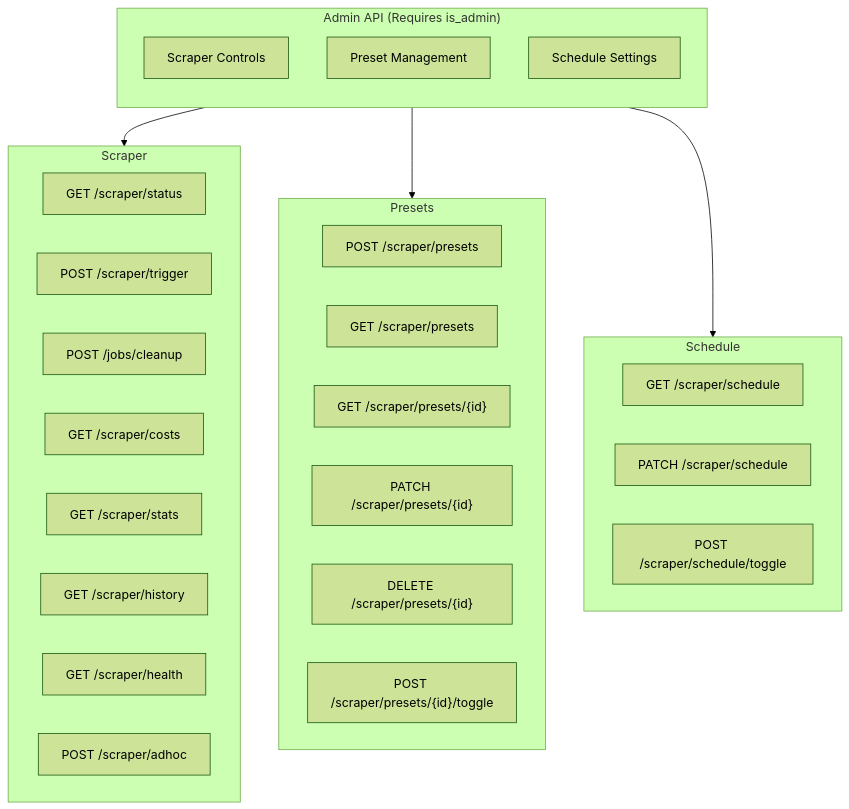
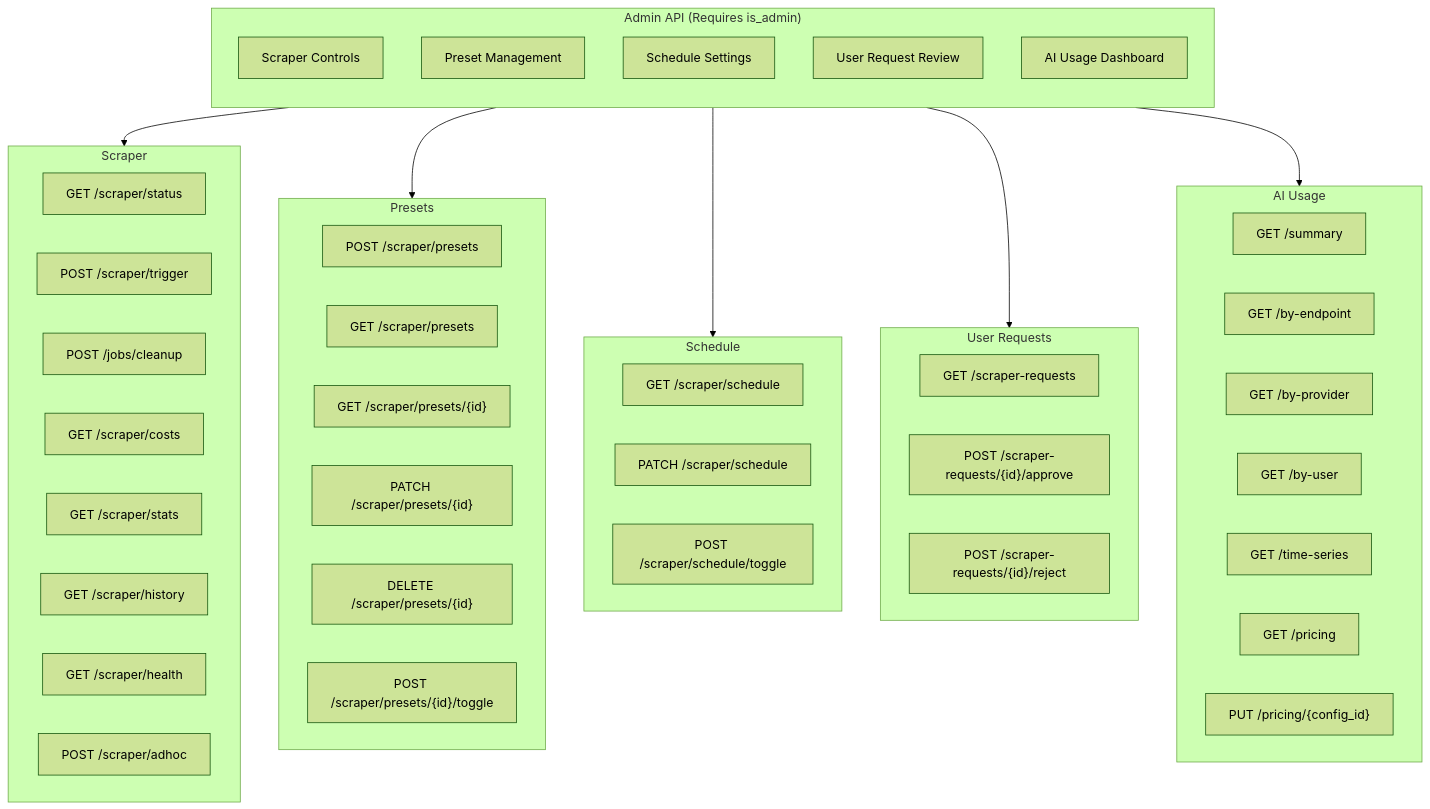
Before and after one commit to Sungchunn/AI-Resume-Tailor: the tenth of 33 diagrams in docs/architecture/system-architecture.md, drawn with Mermaid (forest theme). The commit also changed other lines of this file, not shown here.

First line of the commit message:
docs: Refresh system-architecture to match current codebase

````diff
--- a/docs/architecture/system-architecture.md
+++ b/docs/architecture/system-architecture.md
@@ -530,39 +551,59 @@
 ```mermaid
 flowchart TB
     subgraph Admin["Admin API (Requires is_admin)"]
         direction TB
         Scraper["Scraper Controls"]
         Presets["Preset Management"]
         Schedule["Schedule Settings"]
+        ReqReview["User Request Review"]
+        AIUsage["AI Usage Dashboard"]
     end
 
     subgraph Scraper_A["Scraper"]
         A1["GET /scraper/status"]
         A2["POST /scraper/trigger"]
         A3["POST /jobs/cleanup"]
         A4["GET /scraper/costs"]
         A5["GET /scraper/stats"]
         A6["GET /scraper/history"]
         A7["GET /scraper/health"]
         A8["POST /scraper/adhoc"]
     end
 
     subgraph Presets_A["Presets"]
         A9["POST /scraper/presets"]
         A10["GET /scraper/presets"]
         A11["GET /scraper/presets/{id}"]
         A12["PATCH /scraper/presets/{id}"]
         A13["DELETE /scraper/presets/{id}"]
         A14["POST /scraper/presets/{id}/toggle"]
     end
 
     subgraph Schedule_A["Schedule"]
         A15["GET /scraper/schedule"]
         A16["PATCH /scraper/schedule"]
         A17["POST /scraper/schedule/toggle"]
     end
 
+    subgraph Req_A["User Requests"]
+        A18["GET /scraper-requests"]
+        A19["POST /scraper-requests/{id}/approve"]
+        A20["POST /scraper-requests/{id}/reject"]
+    end
+
+    subgraph Usage_A["AI Usage"]
+        A21["GET /summary"]
+        A22["GET /by-endpoint"]
+        A23["GET /by-provider"]
+        A24["GET /by-user"]
+        A25["GET /time-series"]
+        A26["GET /pricing"]
+        A27["PUT /pricing/{config_id}"]
+    end
+
     Scraper --> Scraper_A
     Presets --> Presets_A
     Schedule --> Schedule_A
+    ReqReview --> Req_A
+    AIUsage --> Usage_A
 ```
````
